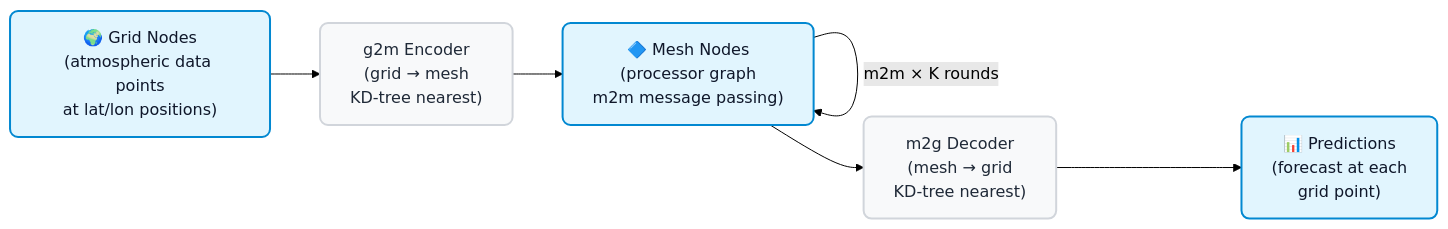
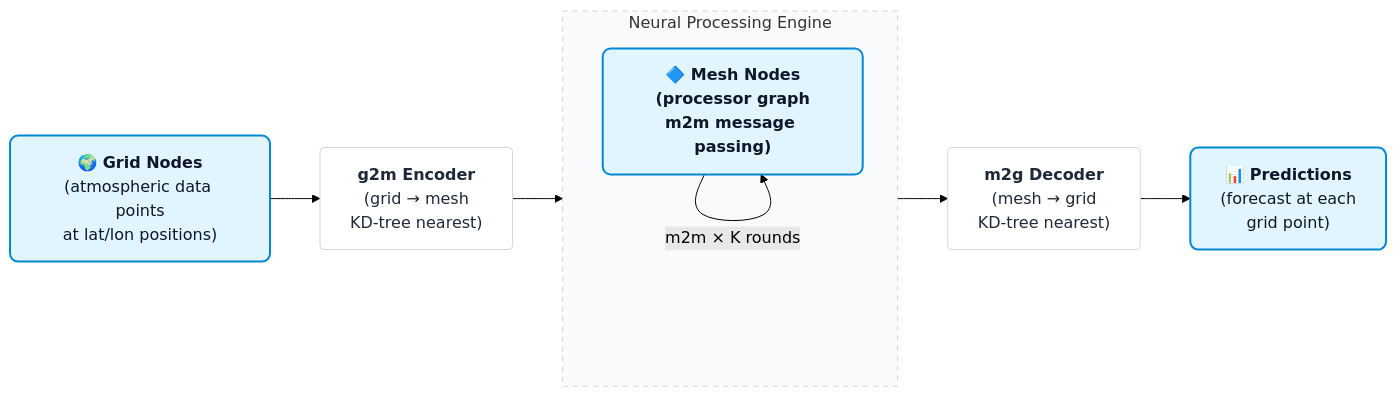
The second of 11 diagrams in GSoC_Project_Created_By_Antigravity.md (prajwal-tech07/Gsoc_test), drawn with Mermaid (forest theme) before and after one commit.

Commit message:
Refactor mermaid diagram for neural-lam architecture
Updated mermaid diagram styles and node definitions for clarity.

````diff
--- a/GSoC_Project_Created_By_Antigravity.md
+++ b/GSoC_Project_Created_By_Antigravity.md
@@ -144,13 +144,36 @@
 ```mermaid
 flowchart LR
-    classDef default fill:#f8f9fa,stroke:#d1d5db,stroke-width:2px,rx:8px,color:#1f2937
-    classDef highlight fill:#e1f5fe,stroke:#0288d1,stroke-width:2px,rx:8px,color:#0f172a
 
-    A["🌍 Grid Nodes\n(atmospheric data points\nat lat/lon positions)"]:::highlight
-    B["g2m Encoder\n(grid → mesh\nKD-tree nearest)"]
-    C["🔷 Mesh Nodes\n(processor graph\nm2m message passing)"]:::highlight
-    D["m2g Decoder\n(mesh → grid\nKD-tree nearest)"]
-    E["📊 Predictions\n(forecast at each\ngrid point)"]:::highlight
+%% ---------- STYLE DEFINITIONS ----------
+classDef dataNode fill:#e1f5fe,stroke:#0288d1,stroke-width:2px,color:#0f172a,rx:8px
+classDef modelNode fill:#ffffff,stroke:#d1d5db,stroke-width:1px,color:#1f2937,rx:4px
+classDef meshNode fill:#e1f5fe,stroke:#0288d1,stroke-width:2px,font-weight:bold,color:#0f172a,rx:8px
 
-    A --> B --> C -->|"m2m × K rounds"| C --> D --> E
+%% ---------- NODES ----------
+A["🌍 <b>Grid Nodes</b><br/>(atmospheric data points<br/>at lat/lon positions)"]:::dataNode
+
+B["<b>g2m Encoder</b><br/>(grid → mesh<br/>KD-tree nearest)"]:::modelNode
+
+subgraph ENGINE ["Neural Processing Engine"]
+    %% This direction strictly controls the loop, forcing a clean, tight curve
+    direction TB
+    
+    C["🔷 <b>Mesh Nodes</b><br/>(processor graph<br/>m2m message passing)"]:::meshNode
+    
+    %% Standard, safe syntax for the loop
+    C -- "m2m × K rounds" --> C
+end
+
+D["<b>m2g Decoder</b><br/>(mesh → grid<br/>KD-tree nearest)"]:::modelNode
+
+E["📊 <b>Predictions</b><br/>(forecast at each<br/>grid point)"]:::dataNode
+
+%% ---------- CONNECTIONS ----------
+A --> B
+B --> C
+C --> D
+D --> E
+
+%% ---------- STYLING ----------
+style ENGINE fill:#f8fafc,stroke:#cbd5e1,stroke-dasharray: 5 5
 ```
````
